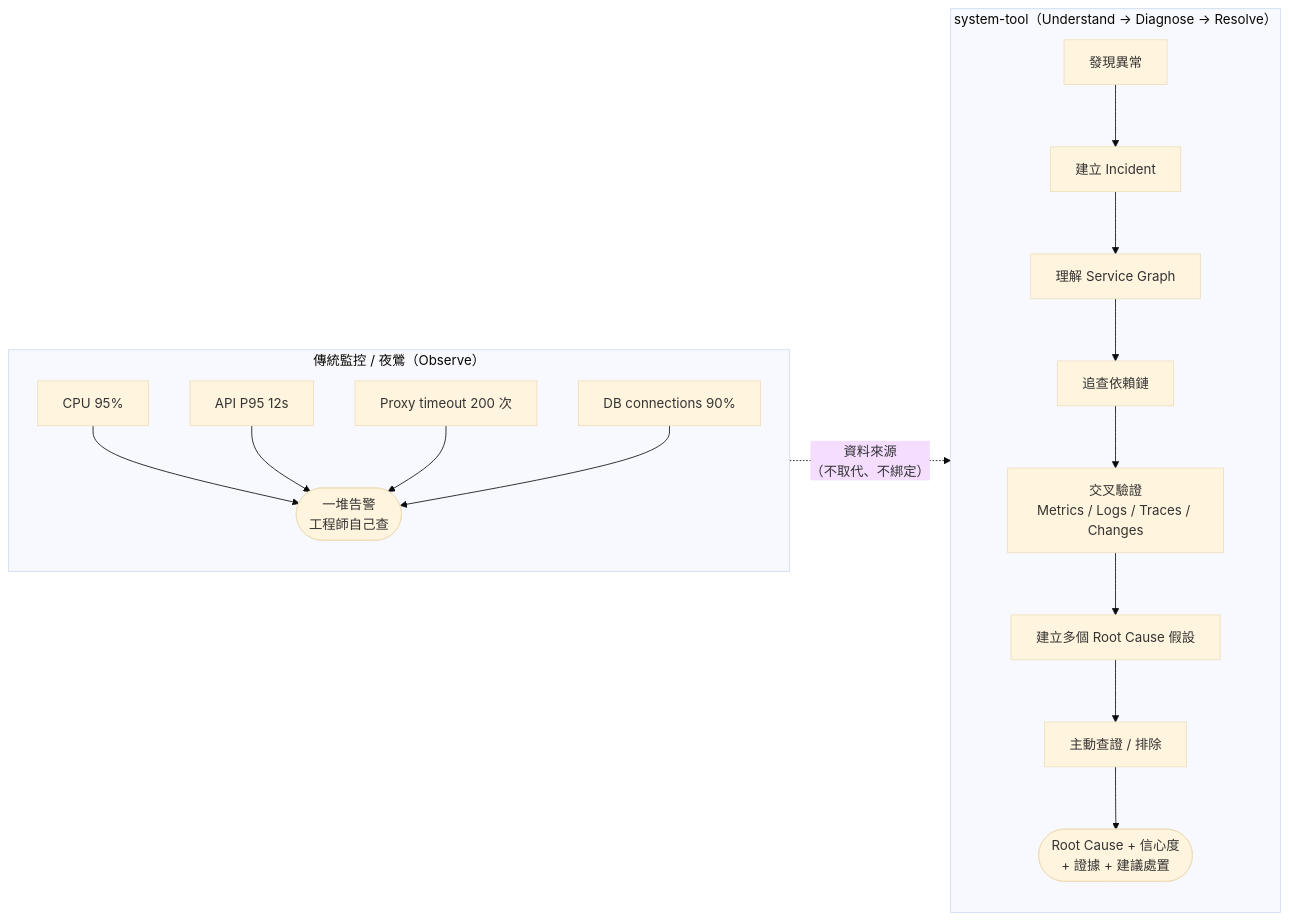
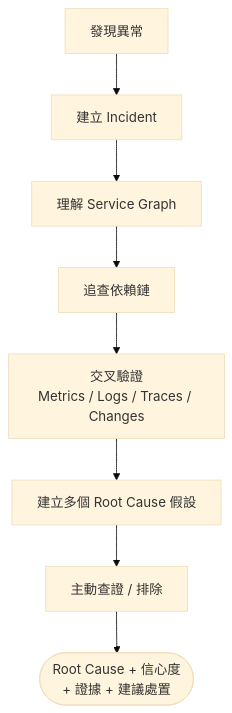
Before and after one commit to kingchen0617/system-tool: the first of 11 diagrams in docs/product-flowcharts.md, drawn with Mermaid (base theme). The commit also changed other lines of this file and 1 other file, not shown here.

````diff
--- a/docs/product-flowcharts.md
+++ b/docs/product-flowcharts.md
@@ -28,28 +28,10 @@
 ```mermaid
-flowchart LR
-    subgraph T["傳統監控 / 夜鶯（Observe）"]
-        direction TB
-        T1["CPU 95%"]
-        T2["API P95 12s"]
-        T3["Proxy timeout 200 次"]
-        T4["DB connections 90%"]
-        T5(["一堆告警<br/>工程師自己查"])
-        T1 --> T5
-        T2 --> T5
-        T3 --> T5
-        T4 --> T5
-    end
-
-    subgraph S["system-tool（Understand → Diagnose → Resolve）"]
-        direction TB
-        S1["發現異常"] --> S2["建立 Incident"]
-        S2 --> S3["理解 Service Graph"]
-        S3 --> S4["追查依賴鏈"]
-        S4 --> S5["交叉驗證<br/>Metrics / Logs / Traces / Changes"]
-        S5 --> S6["建立多個 Root Cause 假設"]
-        S6 --> S7["主動查證 / 排除"]
-        S7 --> S8(["Root Cause + 信心度<br/>+ 證據 + 建議處置"])
-    end
-
-    T -.->|"資料來源<br/>（不取代、不綁定）"| S
+flowchart TB
+    S1["發現異常"] --> S2["建立 Incident"]
+    S2 --> S3["理解 Service Graph"]
+    S3 --> S4["追查依賴鏈"]
+    S4 --> S5["交叉驗證<br/>Metrics / Logs / Traces / Changes"]
+    S5 --> S6["建立多個 Root Cause 假設"]
+    S6 --> S7["主動查證 / 排除"]
+    S7 --> S8(["Root Cause + 信心度<br/>+ 證據 + 建議處置"])
 ```
````
